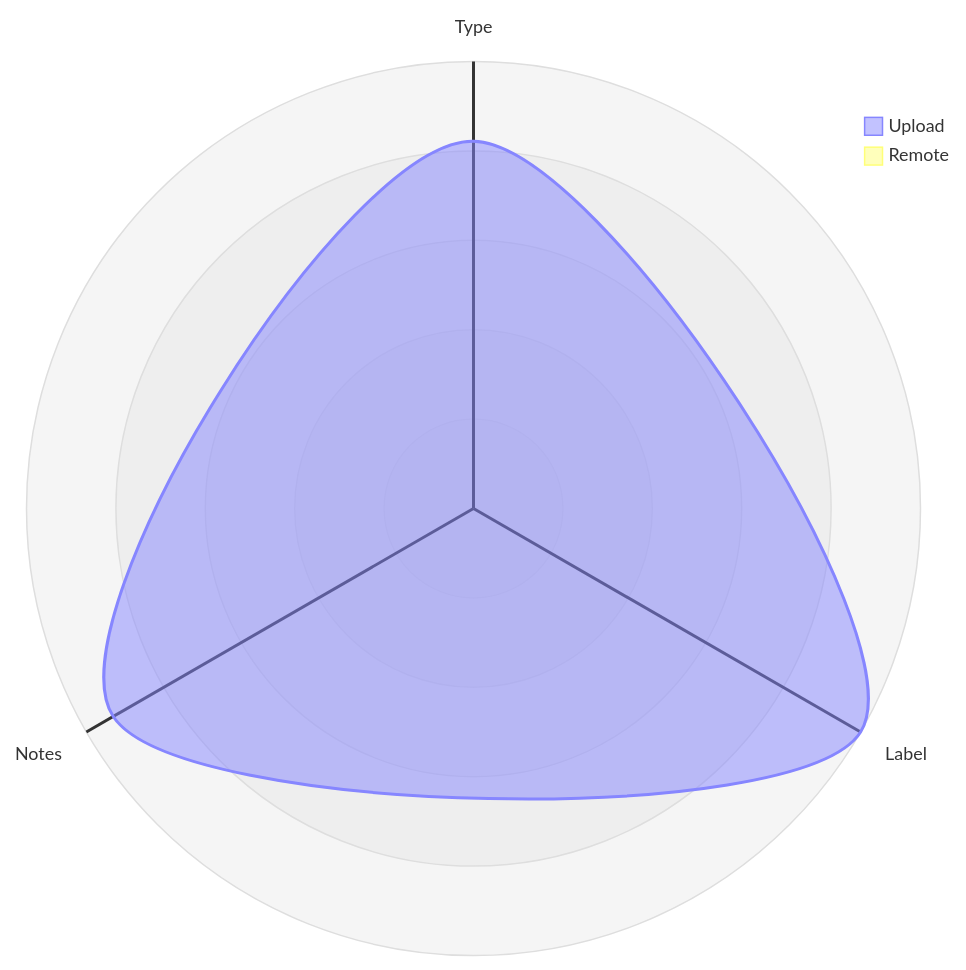
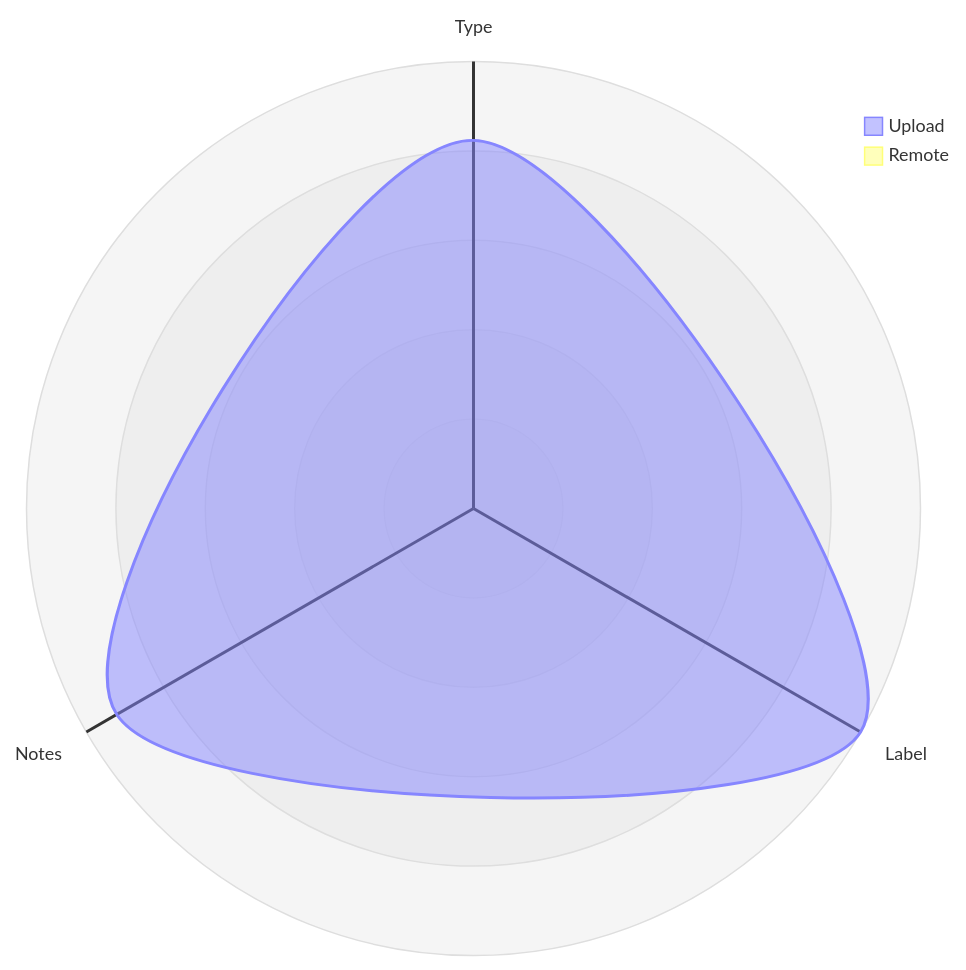
The third of 5 diagrams in datastore_tracker/README.md (open-data/analytics-corporate-reporting), drawn with Mermaid before and after one commit. The commit also changed other lines of this file and 12 other files, not shown here.

````diff
--- a/datastore_tracker/README.md
+++ b/datastore_tracker/README.md
@@ -106,12 +106,12 @@
 ```mermaid
 radar-beta
   axis T["Type"], L["Label"], N["Notes"]
-  curve u["Upload"]{0.00083, 0.00101, 0.00094}
+  curve u["Upload"]{0.00084, 0.00102, 0.00094}
   curve r["Remote"]{0, 0, 0}
 
   showLegend true
 
   min 0
   graticule circle
   ticks 5
 ```
````
